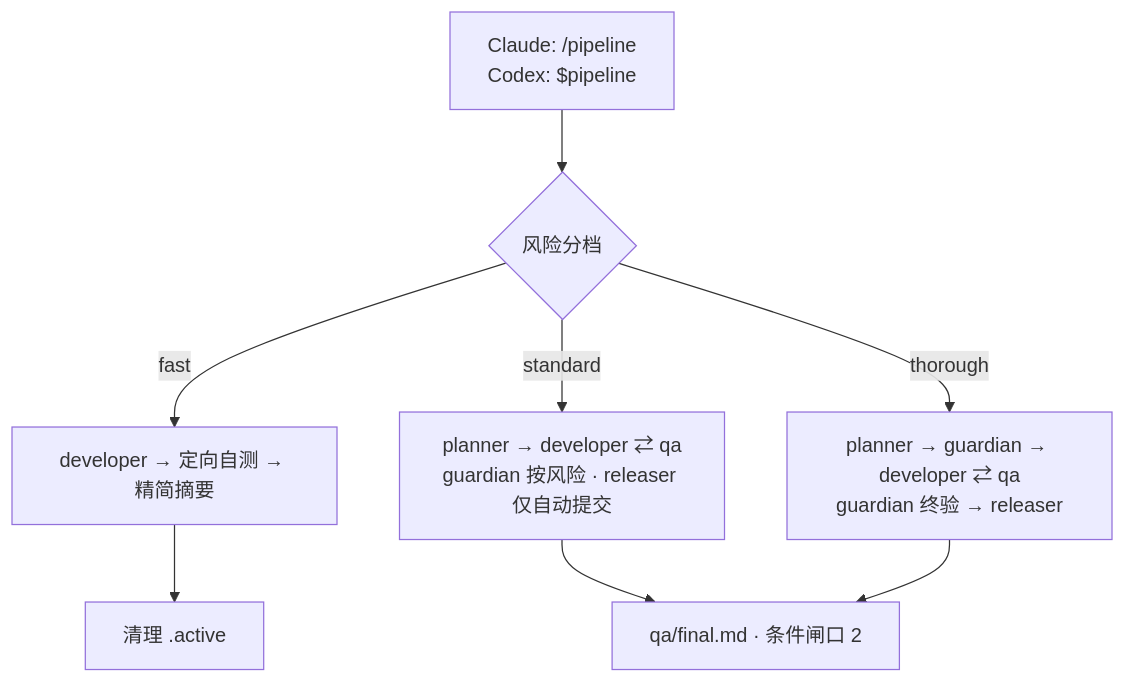
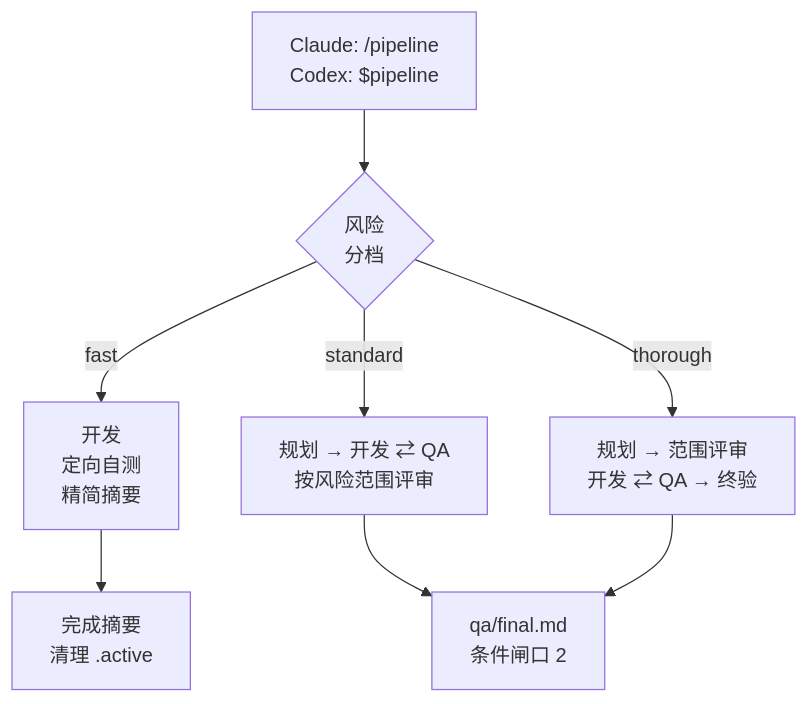
One commit to wzm111/pipeline-standard changed the first of 2 diagrams in README.md. Above: the diagram before and after it, drawn with Mermaid. The commit also changed other lines of this file, not shown here.

Commit message:
docs(README): 修复流程图 mermaid 渲染——换行符与节点文案精简

````diff
--- a/README.md
+++ b/README.md
@@ -37,10 +37,10 @@
 ```mermaid
 flowchart TD
-    S["Claude: /pipeline<br>Codex: $pipeline"] --> P{"风险分档"}
-    P -- fast --> F["developer → 定向自测 → 精简摘要"]
-    P -- standard --> ST["planner → developer ⇄ qa<br>guardian 按风险 · releaser 仅自动提交"]
-    P -- thorough --> TH["planner → guardian → developer ⇄ qa<br>guardian 终验 → releaser"]
-    F --> END["清理 .active"]
-    ST --> G2["qa/final.md · 条件闸口 2"]
+    S["Claude: /pipeline<br/>Codex: $pipeline"] --> P{"风险<br/>分档"}
+    P -- fast --> F["开发<br/>定向自测<br/>精简摘要"]
+    P -- standard --> ST["规划 → 开发 ⇄ QA<br/>按风险范围评审"]
+    P -- thorough --> TH["规划 → 范围评审<br/>开发 ⇄ QA → 终验"]
+    F --> END["完成摘要<br/>清理 .active"]
+    ST --> G2["qa/final.md<br/>条件闸口 2"]
     TH --> G2
 ```
````
